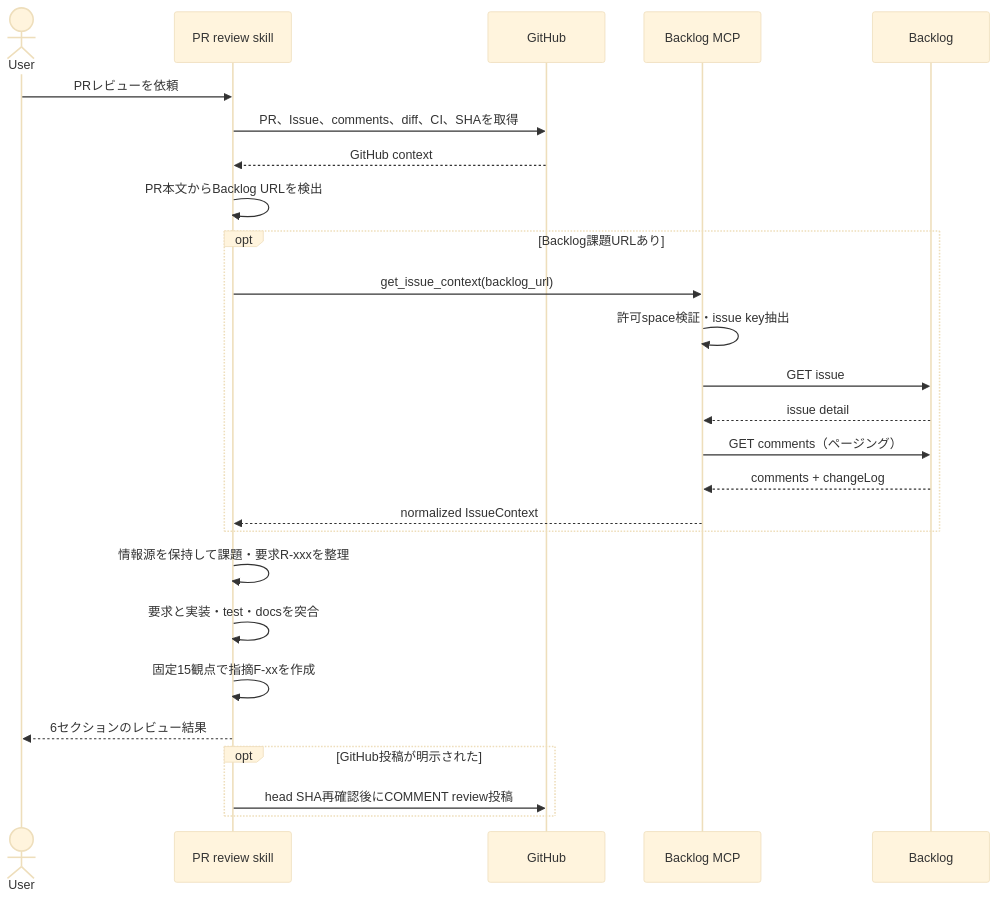
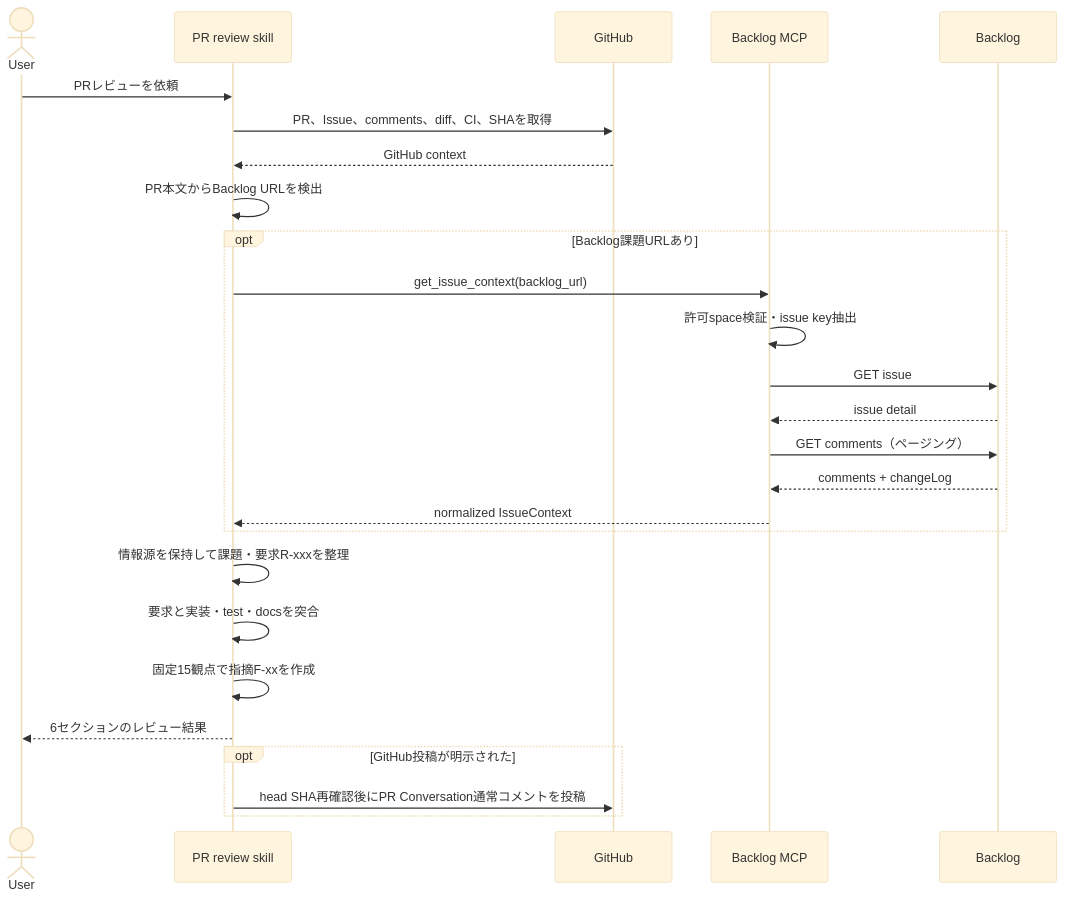
The second of 2 diagrams in docs/architecture.md (htakumi08/mcp-pr-review), drawn with Mermaid (base theme) before and after one commit. The commit also changed other lines of this file and 37 other files, not shown here.

````diff
--- a/docs/architecture.md
+++ b/docs/architecture.md
@@ -44,29 +33,29 @@
 ```mermaid
 sequenceDiagram
     actor User
     participant Skill as PR review skill
     participant GitHub
     participant MCP as Backlog MCP
     participant Backlog
 
     User->>Skill: PRレビューを依頼
     Skill->>GitHub: PR、Issue、comments、diff、CI、SHAを取得
     GitHub-->>Skill: GitHub context
     Skill->>Skill: PR本文からBacklog URLを検出
     opt Backlog課題URLあり
         Skill->>MCP: get_issue_context(backlog_url)
         MCP->>MCP: 許可space検証・issue key抽出
         MCP->>Backlog: GET issue
         Backlog-->>MCP: issue detail
         MCP->>Backlog: GET comments（ページング）
         Backlog-->>MCP: comments + changeLog
         MCP-->>Skill: normalized IssueContext
     end
     Skill->>Skill: 情報源を保持して課題・要求R-xxxを整理
     Skill->>Skill: 要求と実装・test・docsを突合
     Skill->>Skill: 固定15観点で指摘F-xxを作成
     Skill-->>User: 6セクションのレビュー結果
     opt GitHub投稿が明示された
-        Skill->>GitHub: head SHA再確認後にCOMMENT review投稿
+        Skill->>GitHub: head SHA再確認後にPR Conversation通常コメントを投稿
     end
 ```
````
